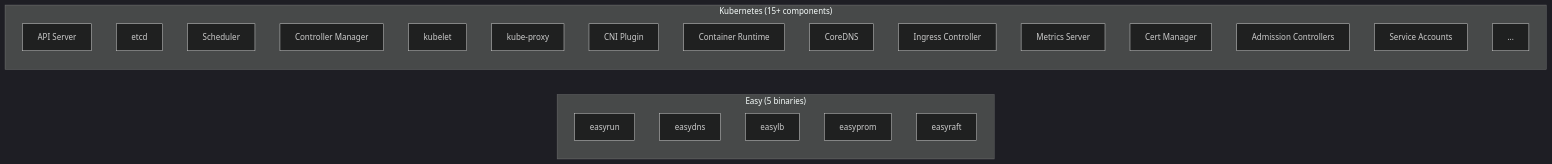
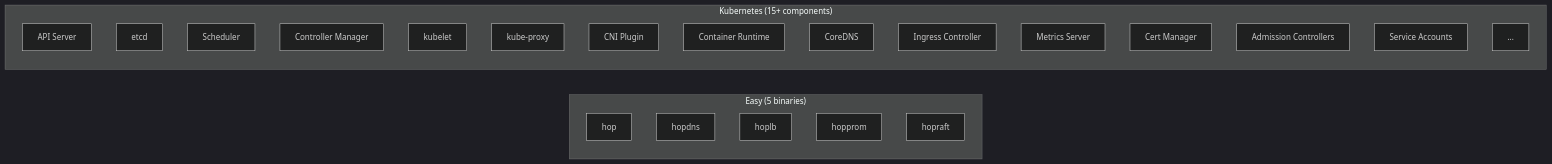
The ninth of 11 diagrams in SECURITY.md (xinix00/easyrun), drawn with Mermaid (dark theme) before and after one commit. The commit also changed other lines of this file and 85 other files, not shown here.

First line of the commit message:
rebrand: easyrun → hop (Haas BV)

````diff
--- a/SECURITY.md
+++ b/SECURITY.md
@@ -248,28 +248,28 @@
 ```mermaid
 graph LR
-    subgraph Easy["Easy (5 binaries)"]
-        ER[easyrun]
-        ED[easydns]
-        EL[easylb]
-        EP[easyprom]
-        RF[easyraft]
+    subgraph Hop["Easy (5 binaries)"]
+        ER[hop]
+        ED[hopdns]
+        EL[hoplb]
+        EP[hopprom]
+        RF[hopraft]
     end
 
     subgraph K8s["Kubernetes (15+ components)"]
         API[API Server]
         ETCD[etcd]
         SCHED[Scheduler]
         CM[Controller Manager]
         KUB[kubelet]
         KP[kube-proxy]
         CNI[CNI Plugin]
         CRI[Container Runtime]
         DNS[CoreDNS]
         ING[Ingress Controller]
         MS[Metrics Server]
         CERT[Cert Manager]
         ADM[Admission Controllers]
         SA[Service Accounts]
         dots[...]
     end
 ```
````
